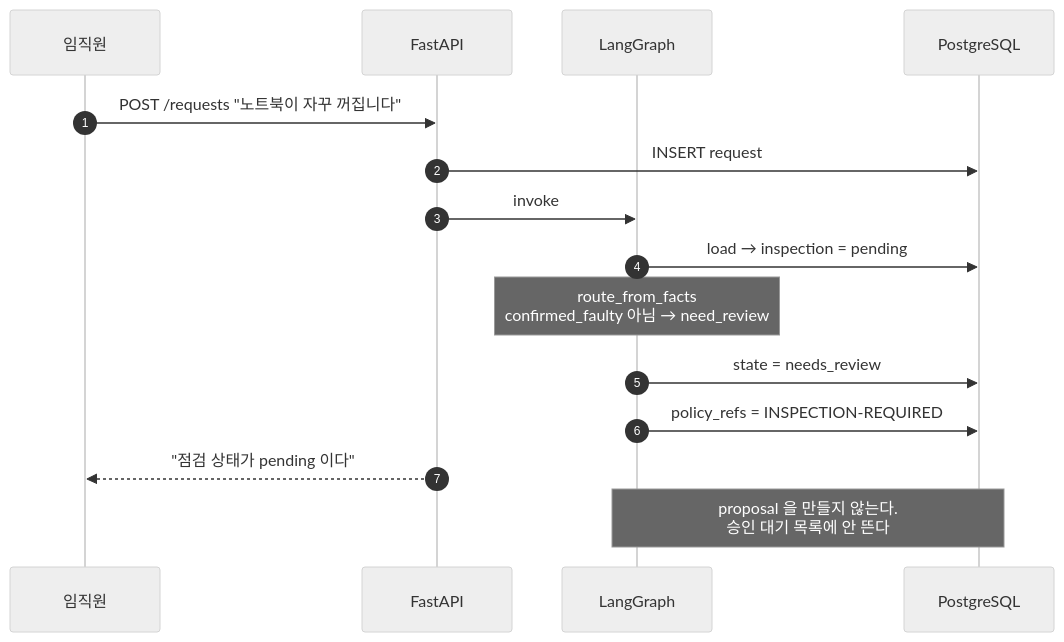
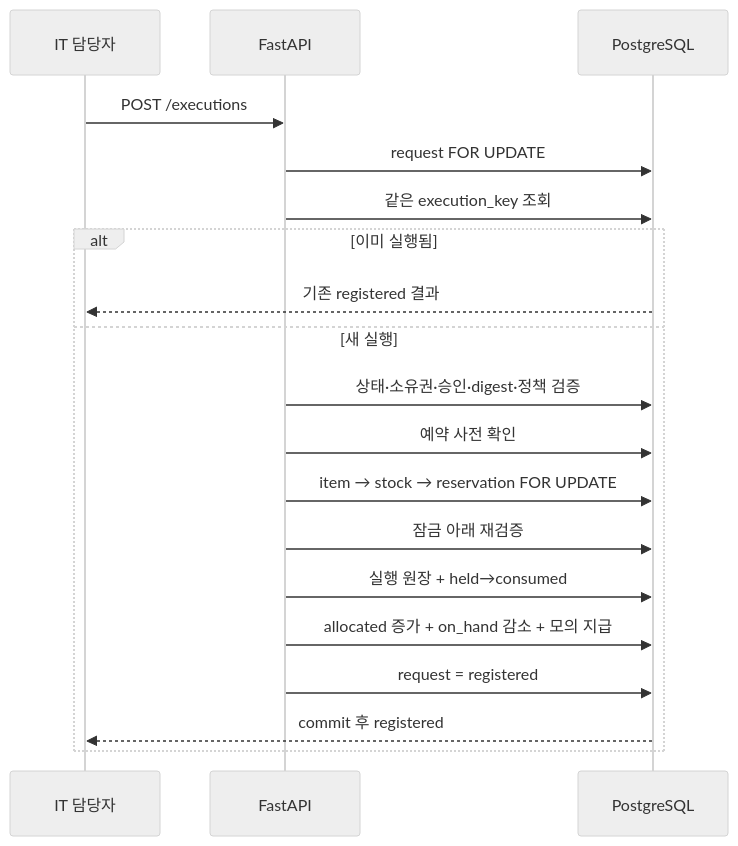
One commit to KatherineJH/portfolio_2026 changed the third of 4 diagrams in assetflow/docs/FLOW.md. Above: the diagram before and after it, drawn with Mermaid (neutral theme). The commit also changed other lines of this file and 10 other files, not shown here.

Commit message:
docs(assetflow): align architecture and verification evidence with reservation workflow

````diff
--- a/assetflow/docs/FLOW.md
+++ b/assetflow/docs/FLOW.md
@@ -157,18 +55,21 @@
 ```mermaid
 sequenceDiagram
-    autonumber
-    participant E as 임직원
+    participant O as IT 담당자
     participant A as FastAPI
-    participant G as LangGraph
     participant D as PostgreSQL
-
-    E->>A: POST /requests "노트북이 자꾸 꺼집니다"
-    A->>D: INSERT request
-    A->>G: invoke
-    G->>D: load → inspection = pending
-    Note over G: route_from_facts<br/>confirmed_faulty 아님 → need_review
-    G->>D: state = needs_review
-    G->>D: policy_refs = INSPECTION-REQUIRED
-    A-->>E: "점검 상태가 pending 이다"
-    Note over G,D: proposal 을 만들지 않는다.<br/>승인 대기 목록에 안 뜬다
+    O->>A: POST /executions
+    A->>D: request FOR UPDATE
+    A->>D: 같은 execution_key 조회
+    alt 이미 실행됨
+        D-->>O: 기존 registered 결과
+    else 새 실행
+        A->>D: 상태·소유권·승인·digest·정책 검증
+        A->>D: 예약 사전 확인
+        A->>D: item → stock → reservation FOR UPDATE
+        A->>D: 잠금 아래 재검증
+        A->>D: 실행 원장 + held→consumed
+        A->>D: allocated 증가 + on_hand 감소 + 모의 지급
+        A->>D: request = registered
+        D-->>O: commit 후 registered
+    end
 ```
````
